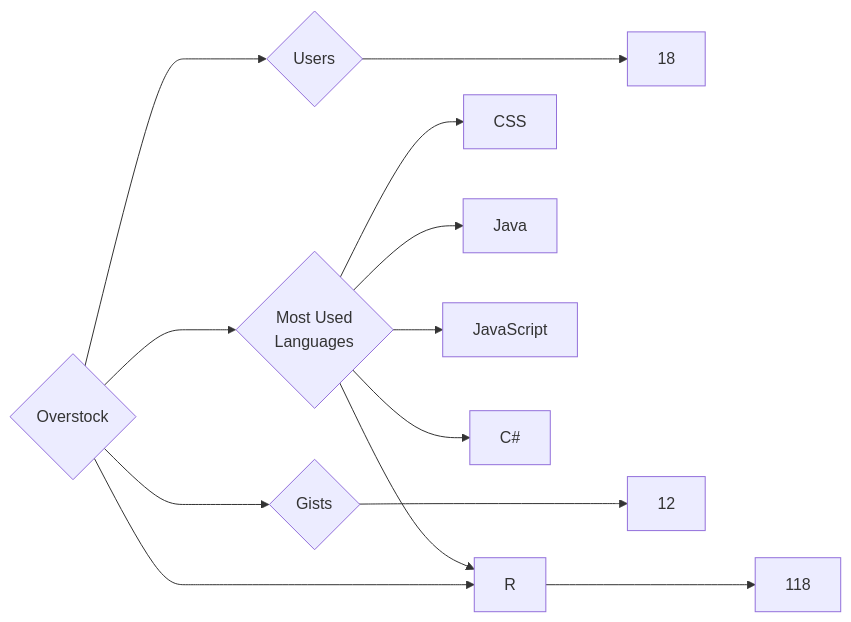
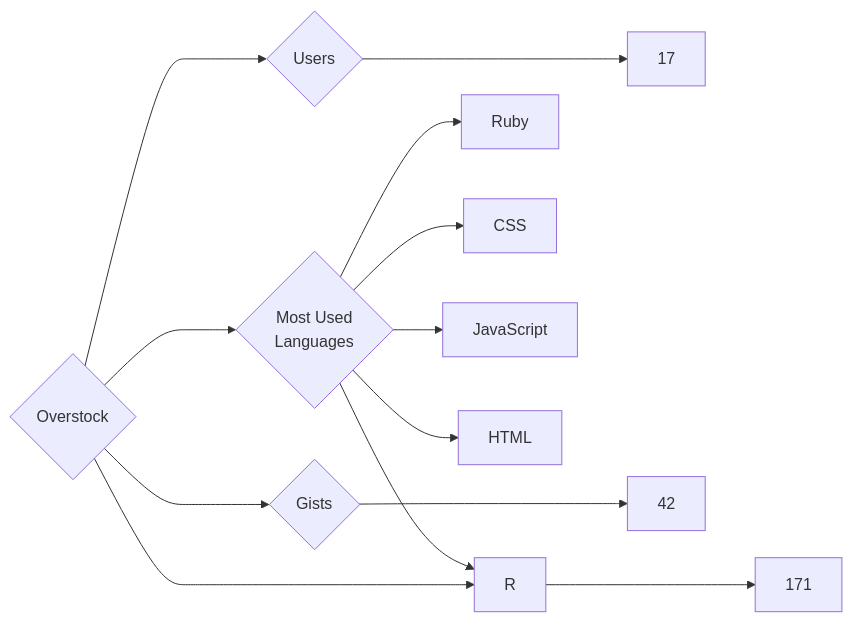
One commit to trickest/insiders changed the diagram in targets/Overstock/README.md. Above: the diagram before and after it, drawn with Mermaid. The commit also changed 898 other files, not shown here.

````diff
--- a/targets/Overstock/README.md
+++ b/targets/Overstock/README.md
@@ -3,13 +3,13 @@
 ```mermaid
 graph LR
 COMPANY_NAME{Overstock}
-COMPANY_NAME ---> U{Users} ---> UN[18]
-COMPANY_NAME ---> R{Repositories} ---> RN[118]
-COMPANY_NAME ---> G{Gists} ---> GN[12]
+COMPANY_NAME ---> U{Users} ---> UN[17]
+COMPANY_NAME ---> R{Repositories} ---> RN[171]
+COMPANY_NAME ---> G{Gists} ---> GN[42]
 COMPANY_NAME ---> ML{Most Used<br>Languages}
+ML --> Ruby[Ruby]
 ML --> CSS[CSS]
-ML --> Java[Java]
 ML --> JavaScript[JavaScript]
-ML --> C#[C#]
+ML --> HTML[HTML]
 ML --> R[R]
 ```
````
